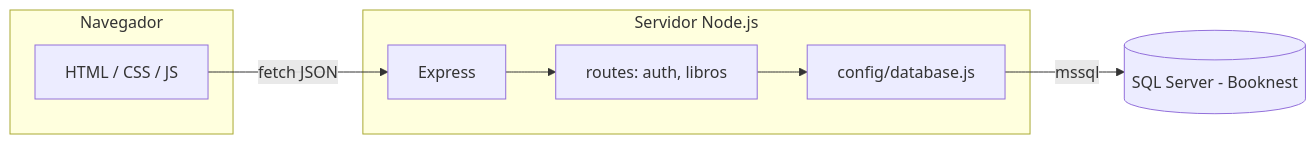
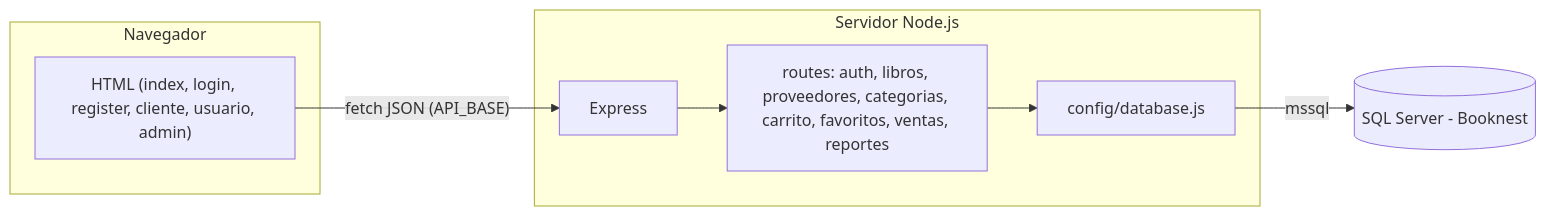
One commit to val3-10/Libreria-web changed the first of 2 diagrams in README.md. Above: the diagram before and after it, drawn with Mermaid. The commit also changed other lines of this file and 5 other files, not shown here.

````diff
--- a/README.md
+++ b/README.md
@@ -7,16 +7,16 @@
 ```mermaid
 flowchart LR
   subgraph cliente[Navegador]
-    HTML[HTML / CSS / JS]
+    HTML["HTML (index, login, register, cliente, usuario, admin)"]
   end
   subgraph servidor[Servidor Node.js]
     Express[Express]
-    Rutas[routes: auth, libros]
+    Rutas["routes: auth, libros, proveedores, categorias, carrito, favoritos, ventas, reportes"]
     DBMod[config/database.js]
   end
   SQL[(SQL Server - Booknest)]
-  HTML -->|fetch JSON| Express
+  HTML -->|"fetch JSON (API_BASE)"| Express
   Express --> Rutas
   Rutas --> DBMod
   DBMod -->|mssql| SQL
 ```
````
